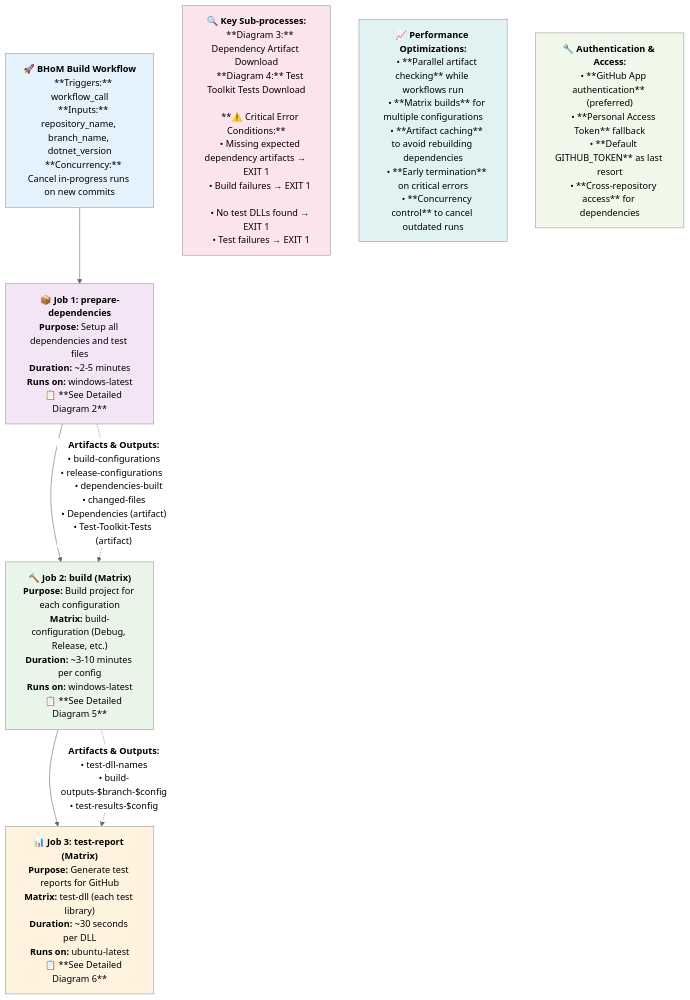
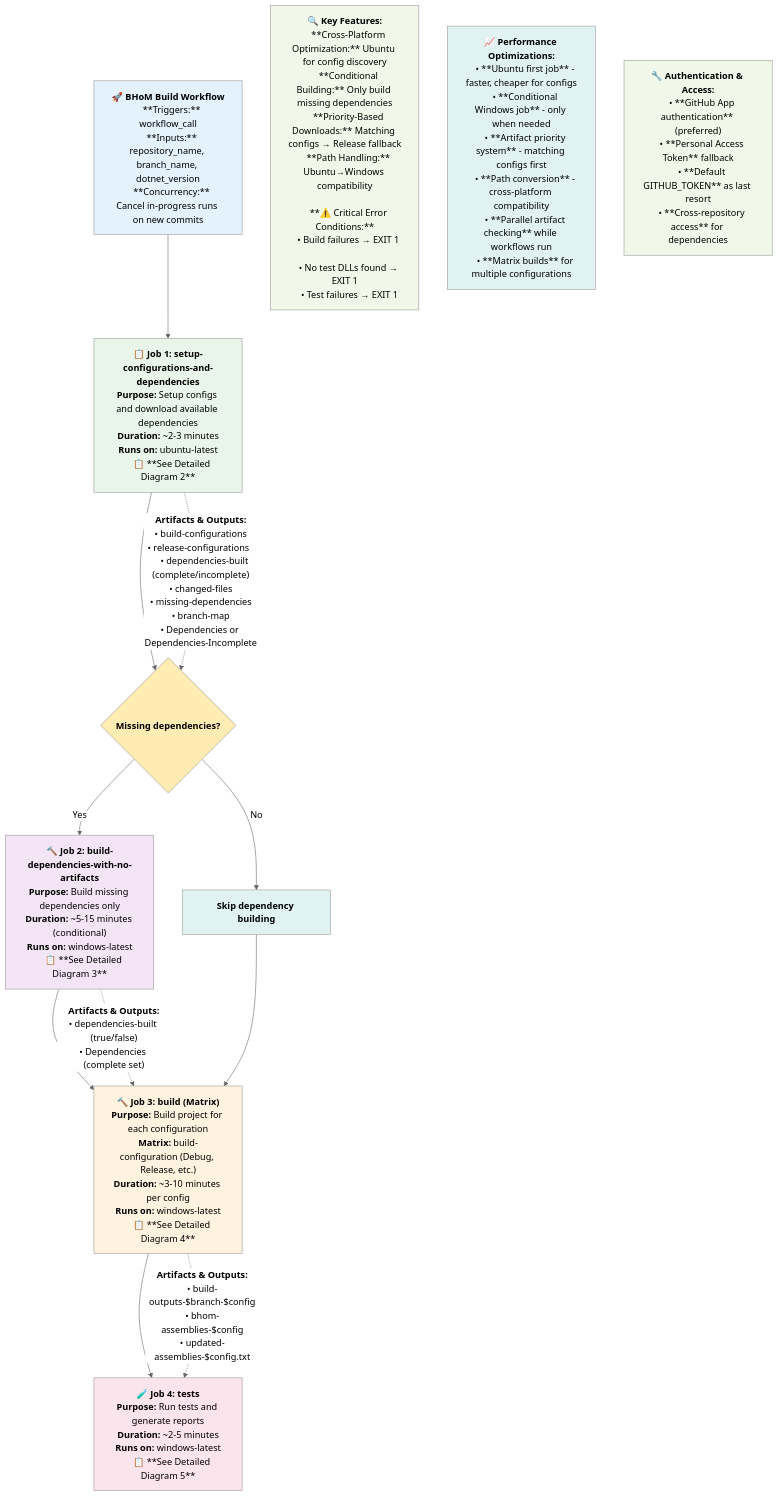
The first of 8 diagrams in CI workflow.md (BHoM/GithubActions), drawn with Mermaid (neutral theme) before and after one commit. The commit also changed other lines of this file, not shown here.

Commit message:
Update diagrams

````diff
--- a/CI workflow.md
+++ b/CI workflow.md
@@ -12,62 +12,78 @@
     
     **Triggers:** workflow_call
     **Inputs:** repository_name, branch_name, dotnet_version
-    **Concurrency:** Cancel in-progress runs on new commits`"] --> B["`**📦 Job 1: prepare-dependencies**
-    **Purpose:** Setup all dependencies and test files
-    **Duration:** ~2-5 minutes
-    **Runs on:** windows-latest
+    **Concurrency:** Cancel in-progress runs on new commits`"] --> B["`**📋 Job 1: setup-configurations-and-dependencies**
+    **Purpose:** Setup configs and download available dependencies
+    **Duration:** ~2-3 minutes
+    **Runs on:** ubuntu-latest
     
     📋 **See Detailed Diagram 2**`"]
     
-    B --> C["`**🔨 Job 2: build (Matrix)**
+    B --> C{"`**Missing dependencies?**`"}
+    C -->|Yes| D["`**🔨 Job 2: build-dependencies-with-no-artifacts**
+    **Purpose:** Build missing dependencies only
+    **Duration:** ~5-15 minutes (conditional)
+    **Runs on:** windows-latest
+    
+    📋 **See Detailed Diagram 3**`"]
+    C -->|No| E["`**Skip dependency building**`"]
+    
+    D --> F["`**🔨 Job 3: build (Matrix)**
     **Purpose:** Build project for each configuration
     **Matrix:** build-configuration (Debug, Release, etc.)
     **Duration:** ~3-10 minutes per config
     **Runs on:** windows-latest
     
+    📋 **See Detailed Diagram 4**`"]
+    E --> F
+    
+    F --> G["`**🧪 Job 4: tests**
+    **Purpose:** Run tests and generate reports
+    **Duration:** ~2-5 minutes
+    **Runs on:** windows-latest
+    
     📋 **See Detailed Diagram 5**`"]
-    
-    C --> D["`**📊 Job 3: test-report (Matrix)**
-    **Purpose:** Generate test reports for GitHub
-    **Matrix:** test-dll (each test library)
-    **Duration:** ~30 seconds per DLL
-    **Runs on:** ubuntu-latest
-    
-    📋 **See Detailed Diagram 6**`"]
     
     B -.->|"`**Artifacts & Outputs:**
     • build-configurations
     • release-configurations  
-    • dependencies-built
+    • dependencies-built (complete/incomplete)
     • changed-files
-    • Dependencies (artifact)
-    • Test-Toolkit-Tests (artifact)`"| C
+    • missing-dependencies
+    • branch-map
+    • Dependencies or Dependencies-Incomplete`"| C
     
-    C -.->|"`**Artifacts & Outputs:**
-    • test-dll-names
+    D -.->|"`**Artifacts & Outputs:**
+    • dependencies-built (true/false)
+    • Dependencies (complete set)`"| F
+    
+    F -.->|"`**Artifacts & Outputs:**
     • build-outputs-$branch-$config
-    • test-results-$config`"| D
+    • bhom-assemblies-$config
+    • updated-assemblies-$config.txt`"| G
     
-    E["`**🔍 Key Sub-processes:**
+    H["`**🔍 Key Features:**
     
-    **Diagram 3:** Dependency Artifact Download
-    **Diagram 4:** Test Toolkit Tests Download
+    **Cross-Platform Optimization:** Ubuntu for config discovery
+    **Conditional Building:** Only build missing dependencies
+    **Priority-Based Downloads:** Matching configs → Release fallback
+    **Path Handling:** Ubuntu→Windows compatibility
     
     **⚠️ Critical Error Conditions:**
-    • Missing expected dependency artifacts → EXIT 1
     • Build failures → EXIT 1  
     • No test DLLs found → EXIT 1
     • Test failures → EXIT 1`"]
     
-    F["`**📈 Performance Optimizations:**
+    I["`**📈 Performance Optimizations:**
     
+    • **Ubuntu first job** - faster, cheaper for configs
+    • **Conditional Windows job** - only when needed
+    • **Artifact priority system** - matching configs first
+    • **Path conversion** - cross-platform compatibility
     • **Parallel artifact checking** while workflows run
-    • **Matrix builds** for multiple configurations
-    • **Artifact caching** to avoid rebuilding dependencies
-    • **Early termination** on critical errors
-    • **Concurrency control** to cancel outdated runs`"]
+    • **Matrix builds** for multiple configurations`"]
     
-    G["`**🔧 Authentication & Access:**
+    J["`**🔧 Authentication & Access:**
     
     • **GitHub App authentication** (preferred)
     • **Personal Access Token** fallback
@@ -75,10 +91,13 @@
     • **Cross-repository access** for dependencies`"]
     
     style A fill:#e3f2fd
-    style B fill:#f3e5f5
-    style C fill:#e8f5e8
-    style D fill:#fff3e0
-    style E fill:#fce4ec
-    style F fill:#e0f2f1
-    style G fill:#f1f8e9
+    style B fill:#e8f5e8
+    style C fill:#ffecb3
+    style D fill:#f3e5f5
+    style E fill:#e0f2f1
+    style F fill:#fff3e0
+    style G fill:#fce4ec
+    style H fill:#f1f8e9
+    style I fill:#e0f2f1
+    style J fill:#f1f8e9
 ```
````
